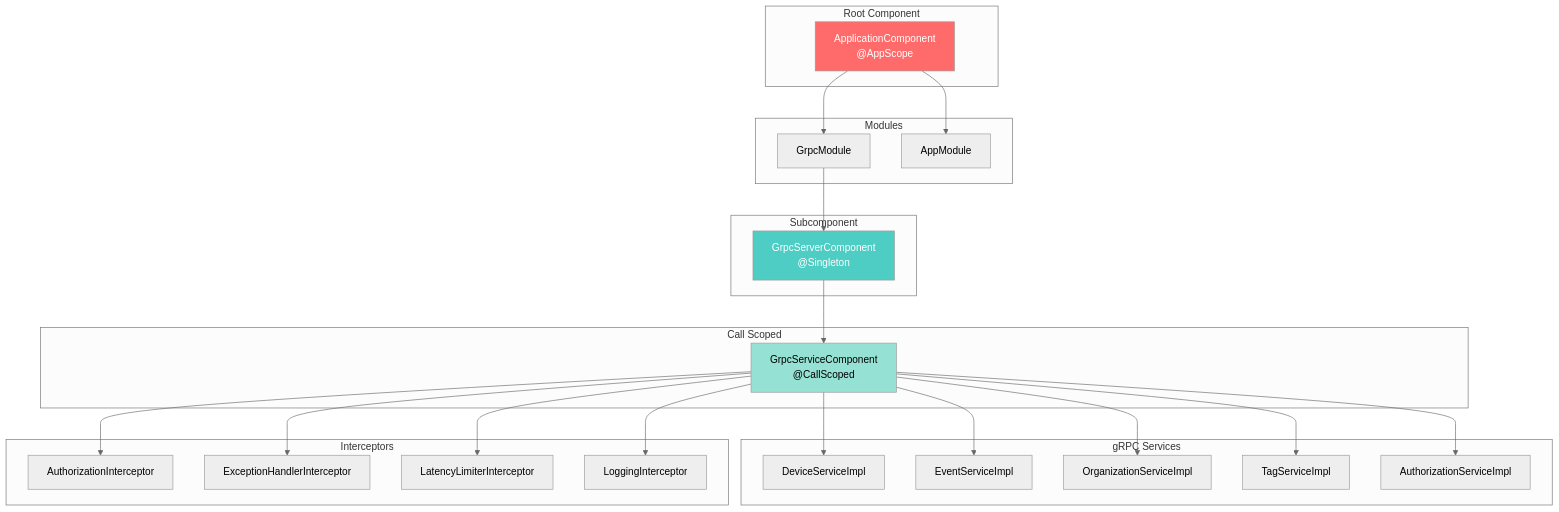
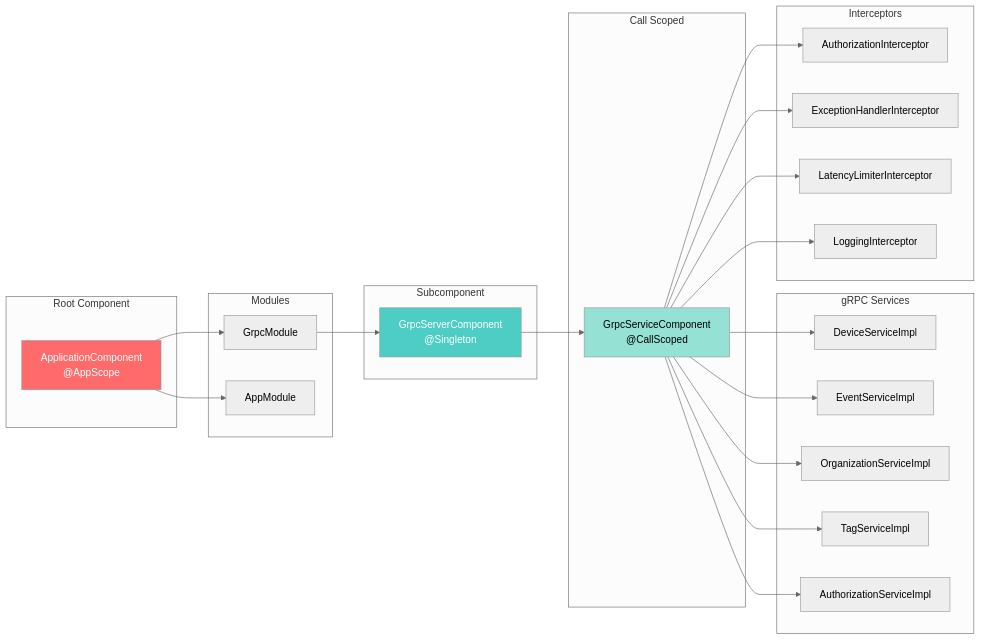
Before and after one commit to sbhrwl/microservices: the second of 5 diagrams in app/refine/Architecture.md, drawn with Mermaid (neutral theme). The commit also changed other lines of this file, not shown here.

````diff
--- a/app/refine/Architecture.md
+++ b/app/refine/Architecture.md
@@ -98,52 +110,52 @@
 ```mermaid
-flowchart TD
+flowchart LR
     subgraph "Root Component"
         AC["ApplicationComponent\n@AppScope"]
     end
 
     subgraph "Modules"
         GM["GrpcModule"]
         AM["AppModule"]
     end
 
     subgraph "Subcomponent"
         GSC["GrpcServerComponent\n@Singleton"]
     end
 
     subgraph "Call Scoped"
         GSC2["GrpcServiceComponent\n@CallScoped"]
     end
 
     subgraph "gRPC Services"
         DS["DeviceServiceImpl"]
         ES["EventServiceImpl"]
         OS["OrganizationServiceImpl"]
         TS["TagServiceImpl"]
         AS["AuthorizationServiceImpl"]
     end
 
     subgraph "Interceptors"
         AI["AuthorizationInterceptor"]
         EI["ExceptionHandlerInterceptor"]
         LI["LatencyLimiterInterceptor"]
         LOGI["LoggingInterceptor"]
     end
 
     AC --> GM
     AC --> AM
     GM --> GSC
     GSC --> GSC2
     GSC2 --> DS
     GSC2 --> ES
     GSC2 --> OS
     GSC2 --> TS
     GSC2 --> AS
     GSC2 --> AI
     GSC2 --> EI
     GSC2 --> LI
     GSC2 --> LOGI
 
     style AC fill:#FF6B6B,color:#fff
     style GSC fill:#4ECDC4,color:#fff
     style GSC2 fill:#95E1D3,color:#000
 ```
````
